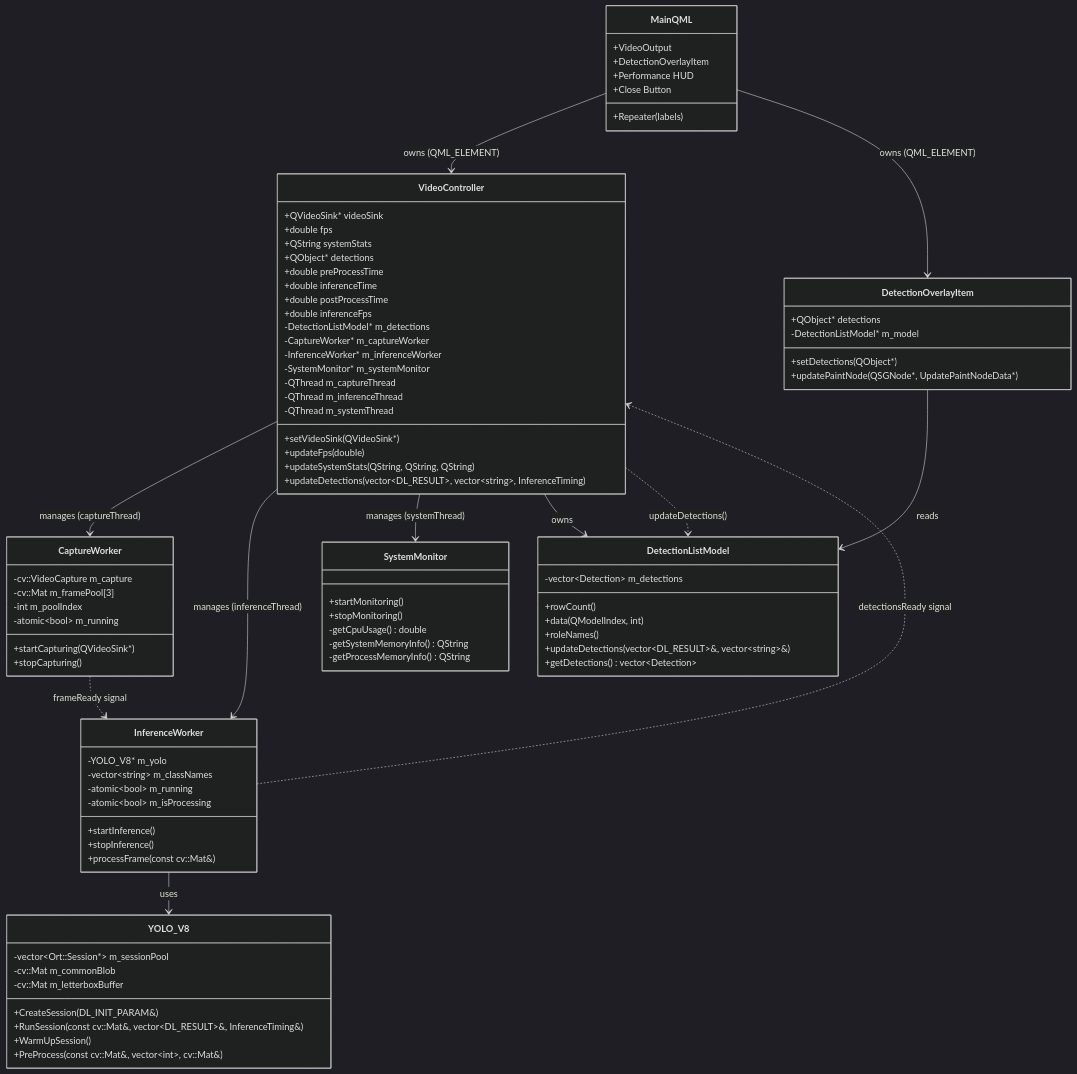
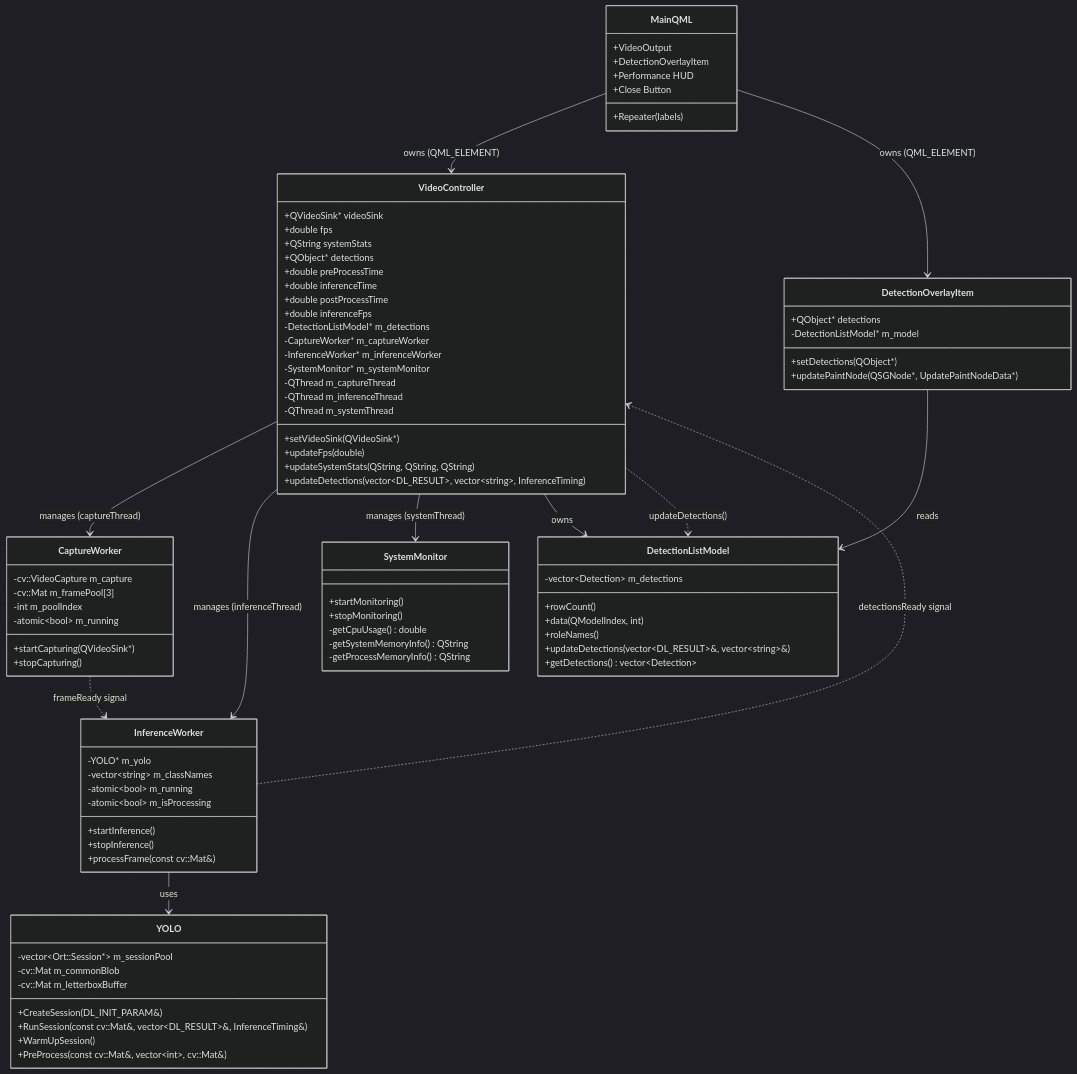
Before and after one commit to andhiyaulhaq/QtQML-YOLOApp: the first of 2 diagrams in docs/design-spec.md, drawn with Mermaid (dark theme). The commit also changed other lines of this file and 5 other files, not shown here.

First line of the commit message:
docs: update architecture and project structure

```diff
--- a/docs/design-spec.md
+++ b/docs/design-spec.md
@@ -43,13 +43,13 @@
         +startInference()
         +stopInference()
         +processFrame(const cv::Mat&)
-        -YOLO_V8* m_yolo
+        -YOLO* m_yolo
         -vector~string~ m_classNames
         -atomic~bool~ m_running
         -atomic~bool~ m_isProcessing
     }
 
-    class YOLO_V8 {
+    class YOLO {
         +CreateSession(DL_INIT_PARAM&)
         +RunSession(const cv::Mat&, vector~DL_RESULT~&, InferenceTiming&)
         +WarmUpSession()
@@ -98,7 +98,7 @@
     VideoController --> SystemMonitor : manages (systemThread)
     VideoController --> DetectionListModel : owns
     CaptureWorker ..> InferenceWorker : frameReady signal
-    InferenceWorker --> YOLO_V8 : uses
+    InferenceWorker --> YOLO : uses
     InferenceWorker ..> VideoController : detectionsReady signal
     VideoController ..> DetectionListModel : updateDetections()
     DetectionOverlayItem --> DetectionListModel : reads
```
